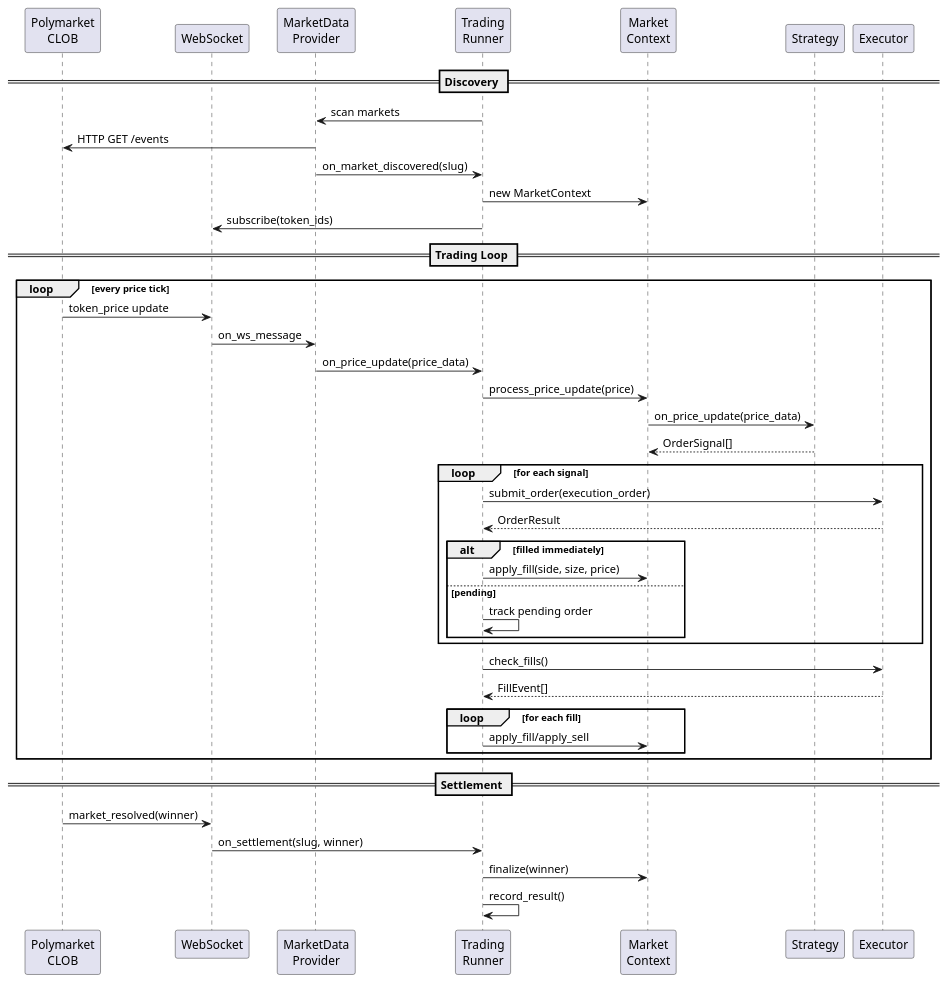
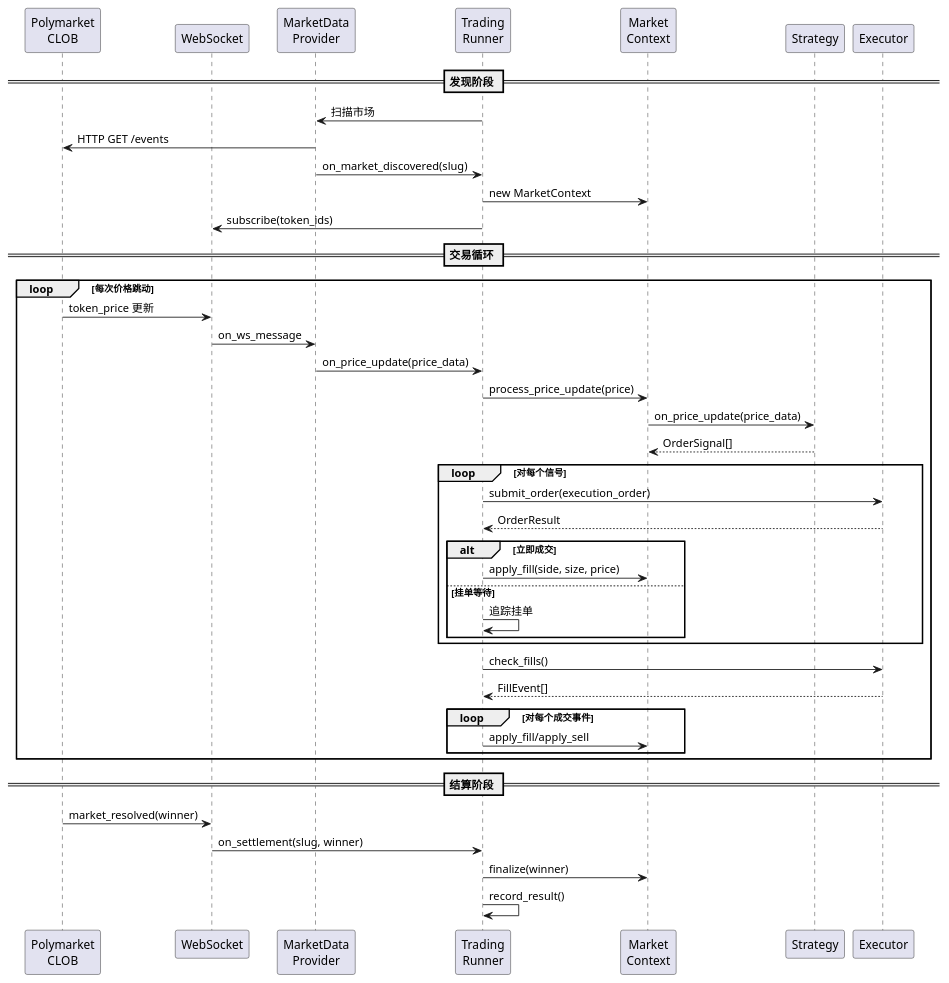
The third of 10 diagrams in docs/strategy-first-principles.md (jsyqrt/polymoney), drawn with PlantUML before and after one commit. The commit also changed other lines of this file, not shown here.

````diff
--- a/docs/strategy-first-principles.md
+++ b/docs/strategy-first-principles.md
@@ -207,50 +207,50 @@
 ```plantuml
 @startuml data_flow
 participant "Polymarket\nCLOB" as PM
 participant "WebSocket" as WS
 participant "MarketData\nProvider" as MDP
 participant "Trading\nRunner" as TR
 participant "Market\nContext" as MC
 participant "Strategy" as S
 participant "Executor" as E
 
-== Discovery ==
-TR -> MDP: scan markets
+== 发现阶段 ==
+TR -> MDP: 扫描市场
 MDP -> PM: HTTP GET /events
 MDP -> TR: on_market_discovered(slug)
 TR -> MC: new MarketContext
 TR -> WS: subscribe(token_ids)
 
-== Trading Loop ==
-loop every price tick
-  PM -> WS: token_price update
+== 交易循环 ==
+loop 每次价格跳动
+  PM -> WS: token_price 更新
   WS -> MDP: on_ws_message
   MDP -> TR: on_price_update(price_data)
   TR -> MC: process_price_update(price)
   MC -> S: on_price_update(price_data)
   S --> MC: OrderSignal[]
   
-  loop for each signal
+  loop 对每个信号
     TR -> E: submit_order(execution_order)
     E --> TR: OrderResult
-    alt filled immediately
+    alt 立即成交
       TR -> MC: apply_fill(side, size, price)
-    else pending
-      TR -> TR: track pending order
+    else 挂单等待
+      TR -> TR: 追踪挂单
     end
   end
   
   TR -> E: check_fills()
   E --> TR: FillEvent[]
-  loop for each fill
+  loop 对每个成交事件
     TR -> MC: apply_fill/apply_sell
   end
 end
 
-== Settlement ==
+== 结算阶段 ==
 PM -> WS: market_resolved(winner)
 WS -> TR: on_settlement(slug, winner)
 TR -> MC: finalize(winner)
 TR -> TR: record_result()
 @enduml
 ```
````
